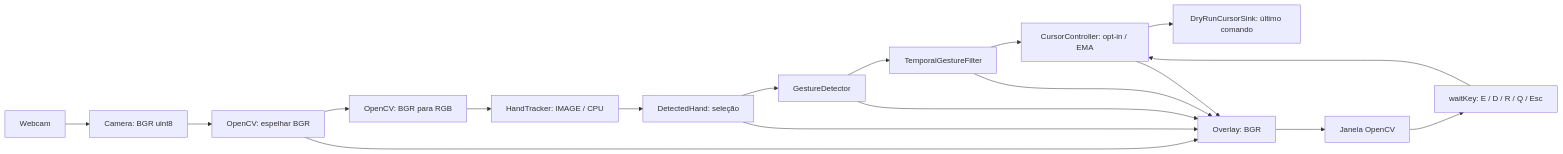
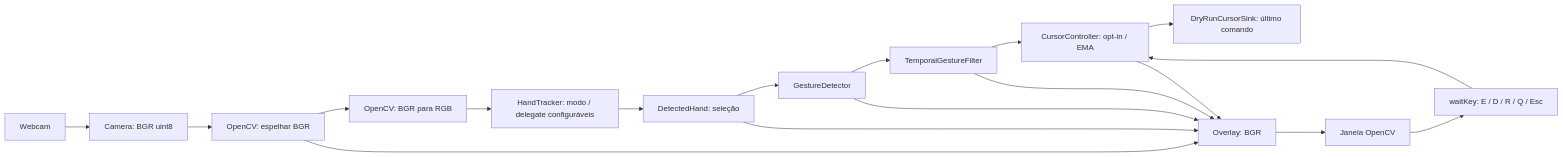
Before and after one commit to FernandoBuligon/hgi: the fourth of 5 diagrams in docs/ARCHITECTURE.md, drawn with Mermaid. The commit also changed other lines of this file and 7 other files, not shown here.

````diff
--- a/docs/ARCHITECTURE.md
+++ b/docs/ARCHITECTURE.md
@@ -498,20 +525,20 @@
 ```mermaid
 flowchart LR
     A[Webcam] --> B[Camera: BGR uint8]
     B --> M[OpenCV: espelhar BGR]
     M --> C[OpenCV: BGR para RGB]
-    C --> T[HandTracker: IMAGE / CPU]
+    C --> T[HandTracker: modo / delegate configuráveis]
     T --> H[DetectedHand: seleção]
     H --> G[GestureDetector]
     G --> F[TemporalGestureFilter]
     F --> K[CursorController: opt-in / EMA]
     K --> S[DryRunCursorSink: último comando]
     M --> O[Overlay: BGR]
     H --> O
     G --> O
     F --> O
     K --> O
     O --> W[Janela OpenCV]
     W --> E[waitKey: E / D / R / Q / Esc]
     E --> K
 ```
````
